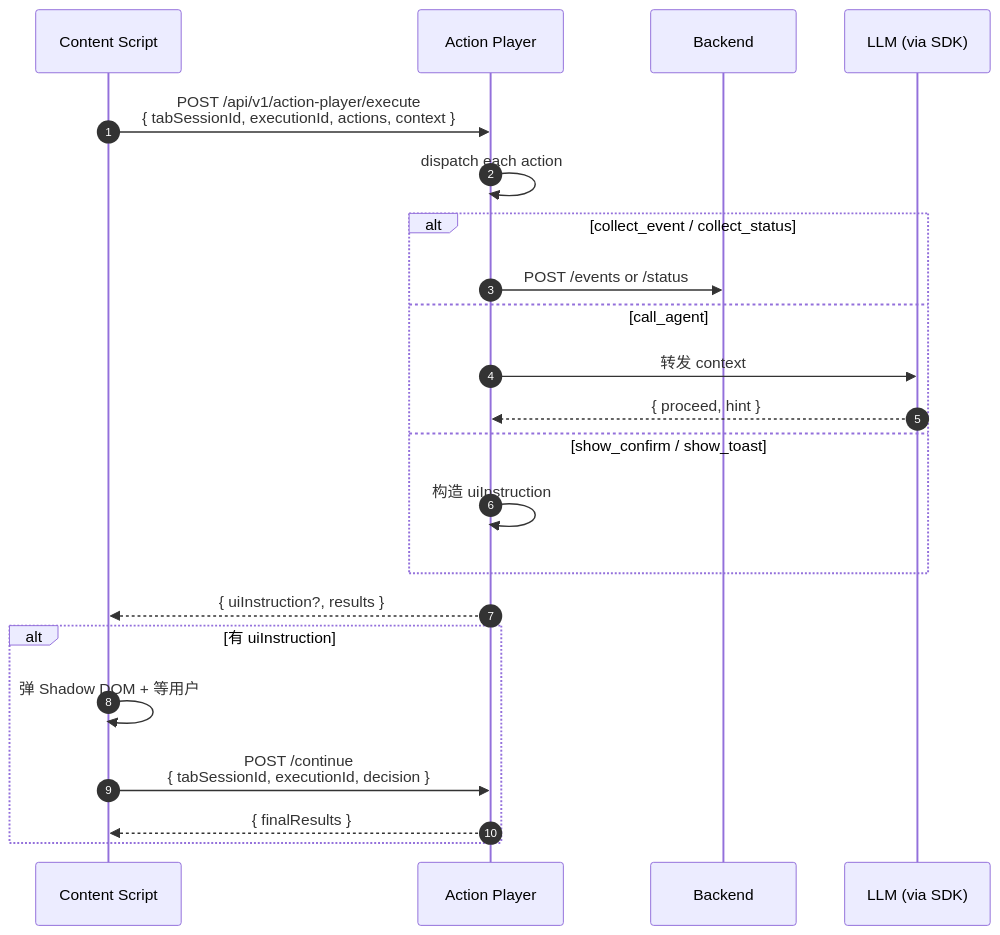
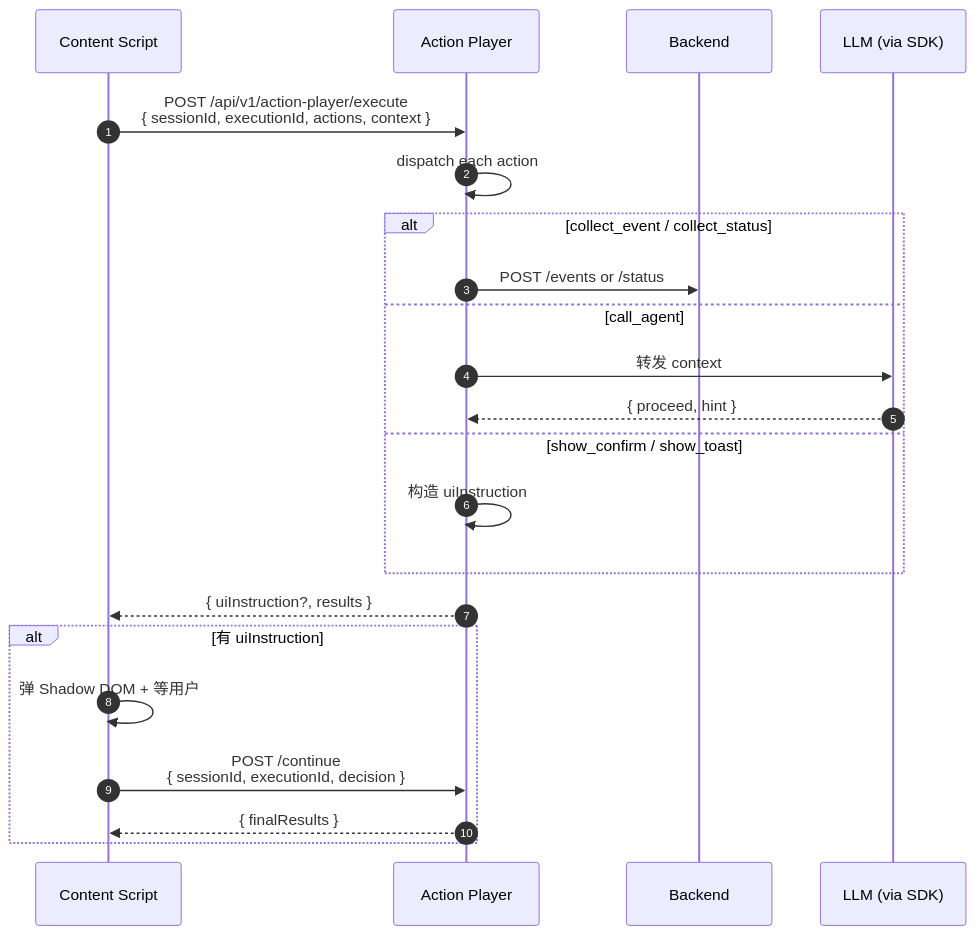
One commit to zhaoxin34/matrix changed the second of 2 diagrams in neo/design/docs/technical/agent-steer/action-player.md. Above: the diagram before and after it, drawn with Mermaid. The commit also changed other lines of this file and 1 other file, not shown here.

First line of the commit message:
docs: align session model — tab 维度, AP reuses sessionId

````diff
--- a/neo/design/docs/technical/agent-steer/action-player.md
+++ b/neo/design/docs/technical/agent-steer/action-player.md
@@ -59,24 +59,24 @@
 ```mermaid
 sequenceDiagram
     autonumber
     participant CS as Content Script
     participant AP as Action Player
     participant BE as Backend
     participant LLM as LLM (via SDK)
-    CS->>AP: POST /api/v1/action-player/execute<br/>{ tabSessionId, executionId, actions, context }
+    CS->>AP: POST /api/v1/action-player/execute<br/>{ sessionId, executionId, actions, context }
     AP->>AP: dispatch each action
     alt collect_event / collect_status
         AP->>BE: POST /events or /status
     else call_agent
         AP->>LLM: 转发 context
         LLM-->>AP: { proceed, hint }
     else show_confirm / show_toast
         AP->>AP: 构造 uiInstruction
     end
     AP-->>CS: { uiInstruction?, results }
     alt 有 uiInstruction
         CS->>CS: 弹 Shadow DOM + 等用户
-        CS->>AP: POST /continue<br/>{ tabSessionId, executionId, decision }
+        CS->>AP: POST /continue<br/>{ sessionId, executionId, decision }
         AP-->>CS: { finalResults }
     end
 ```
````
